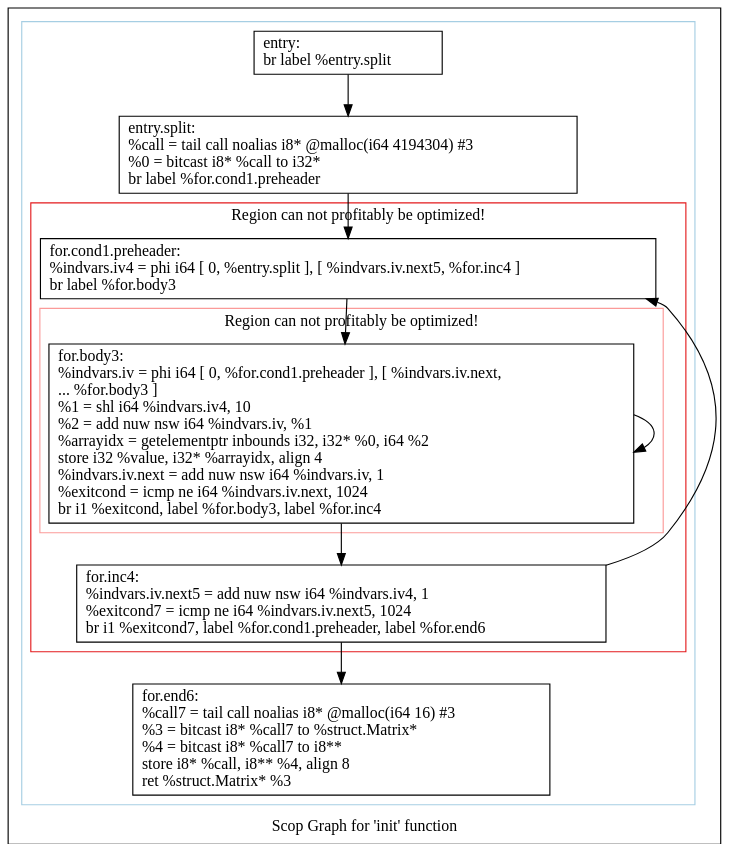
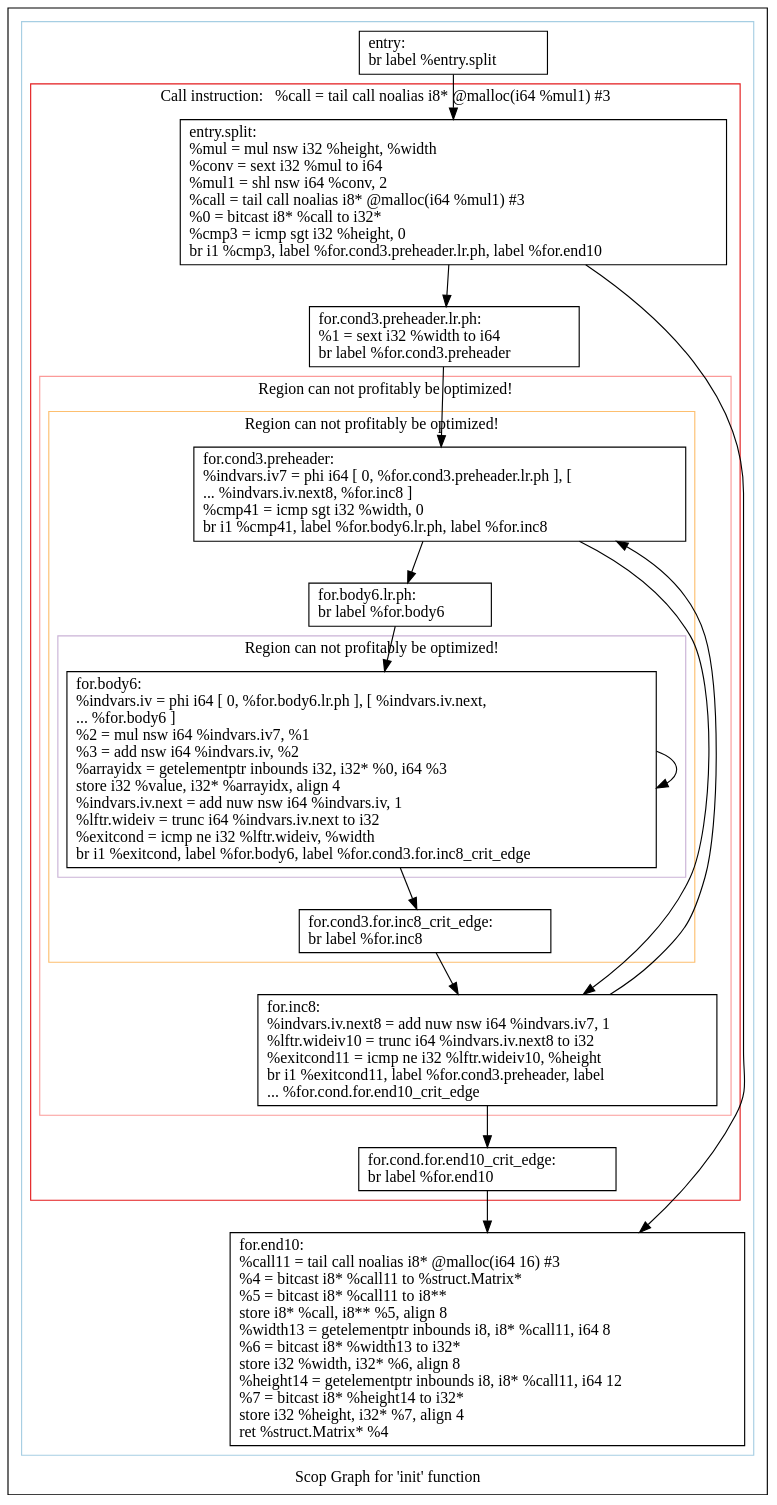
Before and after one commit to samminweng/WhileyOpenCL: the diagram in polly/MatrixMult/impl/handwritten2/dot/scops.init.dot, drawn with Graphviz. The commit also changed 44 other files, not shown here.

First line of the commit message:
Passed matrix width and height as function parameters

```diff
--- a/polly/MatrixMult/impl/handwritten2/dot/scops.init.dot
+++ b/polly/MatrixMult/impl/handwritten2/dot/scops.init.dot
@@ -1,39 +1,63 @@
 digraph "Scop Graph for 'init' function" {
 	label="Scop Graph for 'init' function";
 
-	Node0x5bc0eb0 [shape=record,label="{entry:\l  br label %entry.split\l}"];
-	Node0x5bc0eb0 -> Node0x5bc0e30;
-	Node0x5bc0e30 [shape=record,label="{entry.split:                                      \l  %call = tail call noalias i8* @malloc(i64 4194304) #3\l  %0 = bitcast i8* %call to i32*\l  br label %for.cond1.preheader\l}"];
-	Node0x5bc0e30 -> Node0x5bc0e50;
-	Node0x5bc0e50 [shape=record,label="{for.cond1.preheader:                              \l  %indvars.iv4 = phi i64 [ 0, %entry.split ], [ %indvars.iv.next5, %for.inc4 ]\l  br label %for.body3\l}"];
-	Node0x5bc0e50 -> Node0x5bc0600;
-	Node0x5bc0600 [shape=record,label="{for.body3:                                        \l  %indvars.iv = phi i64 [ 0, %for.cond1.preheader ], [ %indvars.iv.next,\l... %for.body3 ]\l  %1 = shl i64 %indvars.iv4, 10\l  %2 = add nuw nsw i64 %indvars.iv, %1\l  %arrayidx = getelementptr inbounds i32, i32* %0, i64 %2\l  store i32 %value, i32* %arrayidx, align 4\l  %indvars.iv.next = add nuw nsw i64 %indvars.iv, 1\l  %exitcond = icmp ne i64 %indvars.iv.next, 1024\l  br i1 %exitcond, label %for.body3, label %for.inc4\l}"];
-	Node0x5bc0600 -> Node0x5bc0600[constraint=false];
-	Node0x5bc0600 -> Node0x5bc0e00;
-	Node0x5bc0e00 [shape=record,label="{for.inc4:                                         \l  %indvars.iv.next5 = add nuw nsw i64 %indvars.iv4, 1\l  %exitcond7 = icmp ne i64 %indvars.iv.next5, 1024\l  br i1 %exitcond7, label %for.cond1.preheader, label %for.end6\l}"];
-	Node0x5bc0e00 -> Node0x5bc0e50[constraint=false];
-	Node0x5bc0e00 -> Node0x5bc06f0;
-	Node0x5bc06f0 [shape=record,label="{for.end6:                                         \l  %call7 = tail call noalias i8* @malloc(i64 16) #3\l  %3 = bitcast i8* %call7 to %struct.Matrix*\l  %4 = bitcast i8* %call7 to i8**\l  store i8* %call, i8** %4, align 8\l  ret %struct.Matrix* %3\l}"];
+	Node0x53ca5e0 [shape=record,label="{entry:\l  br label %entry.split\l}"];
+	Node0x53ca5e0 -> Node0x53bd510;
+	Node0x53bd510 [shape=record,label="{entry.split:                                      \l  %mul = mul nsw i32 %height, %width\l  %conv = sext i32 %mul to i64\l  %mul1 = shl nsw i64 %conv, 2\l  %call = tail call noalias i8* @malloc(i64 %mul1) #3\l  %0 = bitcast i8* %call to i32*\l  %cmp3 = icmp sgt i32 %height, 0\l  br i1 %cmp3, label %for.cond3.preheader.lr.ph, label %for.end10\l}"];
+	Node0x53bd510 -> Node0x53bd530;
+	Node0x53bd510 -> Node0x53c99a0;
+	Node0x53bd530 [shape=record,label="{for.cond3.preheader.lr.ph:                        \l  %1 = sext i32 %width to i64\l  br label %for.cond3.preheader\l}"];
+	Node0x53bd530 -> Node0x53c99c0;
+	Node0x53c99c0 [shape=record,label="{for.cond3.preheader:                              \l  %indvars.iv7 = phi i64 [ 0, %for.cond3.preheader.lr.ph ], [\l... %indvars.iv.next8, %for.inc8 ]\l  %cmp41 = icmp sgt i32 %width, 0\l  br i1 %cmp41, label %for.body6.lr.ph, label %for.inc8\l}"];
+	Node0x53c99c0 -> Node0x53ca020;
+	Node0x53c99c0 -> Node0x53ca080;
+	Node0x53ca020 [shape=record,label="{for.body6.lr.ph:                                  \l  br label %for.body6\l}"];
+	Node0x53ca020 -> Node0x53bcca0;
+	Node0x53bcca0 [shape=record,label="{for.body6:                                        \l  %indvars.iv = phi i64 [ 0, %for.body6.lr.ph ], [ %indvars.iv.next,\l... %for.body6 ]\l  %2 = mul nsw i64 %indvars.iv7, %1\l  %3 = add nsw i64 %indvars.iv, %2\l  %arrayidx = getelementptr inbounds i32, i32* %0, i64 %3\l  store i32 %value, i32* %arrayidx, align 4\l  %indvars.iv.next = add nuw nsw i64 %indvars.iv, 1\l  %lftr.wideiv = trunc i64 %indvars.iv.next to i32\l  %exitcond = icmp ne i32 %lftr.wideiv, %width\l  br i1 %exitcond, label %for.body6, label %for.cond3.for.inc8_crit_edge\l}"];
+	Node0x53bcca0 -> Node0x53bcca0[constraint=false];
+	Node0x53bcca0 -> Node0x53cbd10;
+	Node0x53cbd10 [shape=record,label="{for.cond3.for.inc8_crit_edge:                     \l  br label %for.inc8\l}"];
+	Node0x53cbd10 -> Node0x53ca080;
+	Node0x53ca080 [shape=record,label="{for.inc8:                                         \l  %indvars.iv.next8 = add nuw nsw i64 %indvars.iv7, 1\l  %lftr.wideiv10 = trunc i64 %indvars.iv.next8 to i32\l  %exitcond11 = icmp ne i32 %lftr.wideiv10, %height\l  br i1 %exitcond11, label %for.cond3.preheader, label\l... %for.cond.for.end10_crit_edge\l}"];
+	Node0x53ca080 -> Node0x53c99c0[constraint=false];
+	Node0x53ca080 -> Node0x53cbd70;
+	Node0x53cbd70 [shape=record,label="{for.cond.for.end10_crit_edge:                     \l  br label %for.end10\l}"];
+	Node0x53cbd70 -> Node0x53c99a0;
+	Node0x53c99a0 [shape=record,label="{for.end10:                                        \l  %call11 = tail call noalias i8* @malloc(i64 16) #3\l  %4 = bitcast i8* %call11 to %struct.Matrix*\l  %5 = bitcast i8* %call11 to i8**\l  store i8* %call, i8** %5, align 8\l  %width13 = getelementptr inbounds i8, i8* %call11, i64 8\l  %6 = bitcast i8* %width13 to i32*\l  store i32 %width, i32* %6, align 8\l  %height14 = getelementptr inbounds i8, i8* %call11, i64 12\l  %7 = bitcast i8* %height14 to i32*\l  store i32 %height, i32* %7, align 4\l  ret %struct.Matrix* %4\l}"];
 	colorscheme = "paired12"
-        subgraph cluster_0x5bb4010 {
+        subgraph cluster_0x53bc430 {
           label = "";
           style = solid;
           color = 1
-          subgraph cluster_0x5bb4190 {
-            label = "Region can not profitably be optimized!";
+          subgraph cluster_0x53bd6c0 {
+            label = "Call instruction:   %call = tail call noalias i8* @malloc(i64 %mul1) #3";
             style = solid;
             color = 6
-            subgraph cluster_0x5bb4310 {
+            subgraph cluster_0x53bd640 {
               label = "Region can not profitably be optimized!";
               style = solid;
               color = 5
-              Node0x5bc0600;
+              subgraph cluster_0x53bd5c0 {
+                label = "Region can not profitably be optimized!";
+                style = solid;
+                color = 7
+                subgraph cluster_0x53bcd20 {
+                  label = "Region can not profitably be optimized!";
+                  style = solid;
+                  color = 9
+                  Node0x53bcca0;
+                }
+                Node0x53c99c0;
+                Node0x53ca020;
+                Node0x53cbd10;
+              }
+              Node0x53ca080;
             }
-            Node0x5bc0e50;
-            Node0x5bc0e00;
+            Node0x53bd510;
+            Node0x53bd530;
+            Node0x53cbd70;
           }
-          Node0x5bc0eb0;
-          Node0x5bc0e30;
-          Node0x5bc06f0;
+          Node0x53ca5e0;
+          Node0x53c99a0;
         }
 }
```
